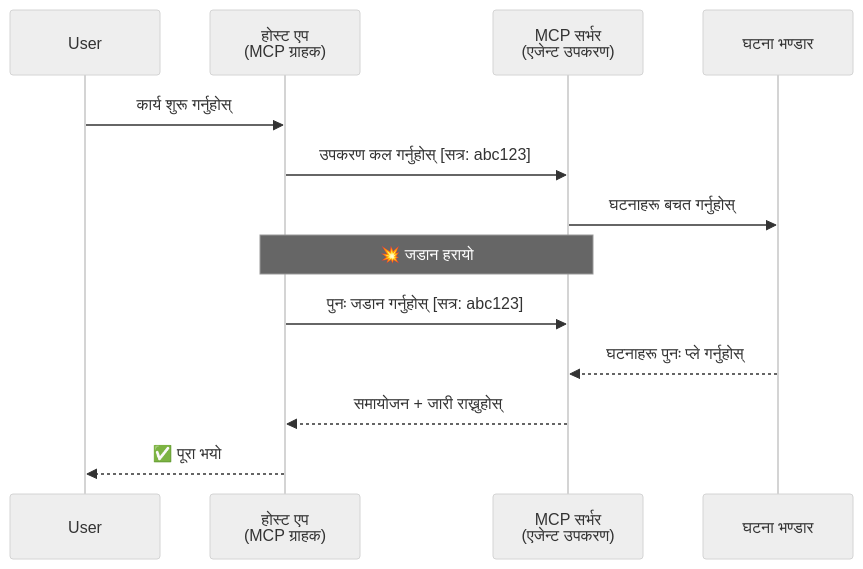
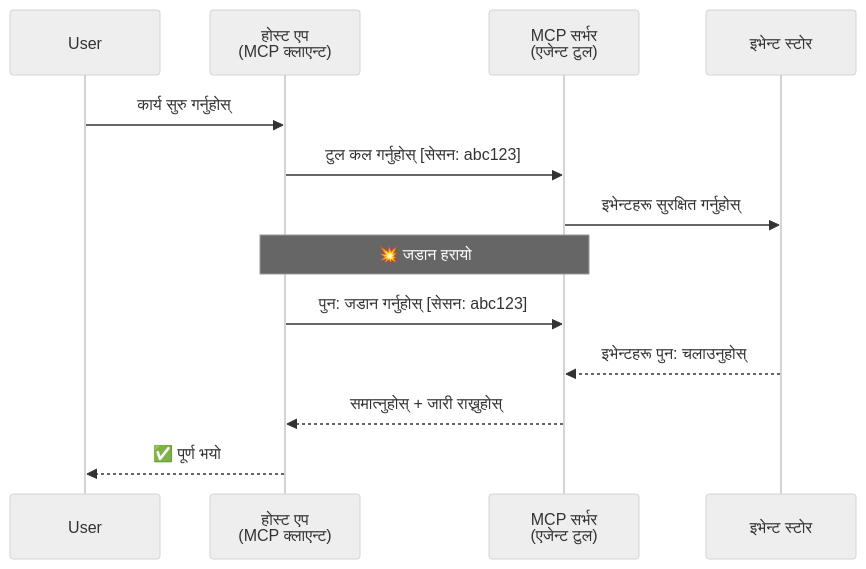
Before and after one commit to gabrielmoreira/agent-skills-mirror: the second of 5 diagrams in mirrors/repos/microsoft@ai-agents-for-beginners/translations/ne/11-agentic-protocols/code_samples/mcp-agents/README.md, drawn with Mermaid (neutral theme). The commit also changed other lines of this file and 4262 other files, not shown here.

````diff
--- a/mirrors/repos/microsoft@ai-agents-for-beginners/translations/ne/11-agentic-protocols/code_samples/mcp-agents/README.md
+++ b/mirrors/repos/microsoft@ai-agents-for-beginners/translations/ne/11-agentic-protocols/code_samples/mcp-agents/README.md
@@ -82,18 +82,18 @@
 ```mermaid
 sequenceDiagram
     participant User
-    participant Host as होस्ट एप<br/>(MCP ग्राहक)
-    participant Server as MCP सर्भर<br/>(एजेन्ट उपकरण)
-    participant Store as घटना भण्डार
+    participant Host as होस्ट एप<br/>(MCP क्लाएन्ट)
+    participant Server as MCP सर्भर<br/>(एजेन्ट टुल)
+    participant Store as इभेन्ट स्टोर
 
-    User->>Host: कार्य शुरू गर्नुहोस्
-    Host->>Server: उपकरण कल गर्नुहोस् [सत्र: abc123]
-    Server->>Store: घटनाहरू बचत गर्नुहोस्
+    User->>Host: कार्य सुरु गर्नुहोस्
+    Host->>Server: टुल कल गर्नुहोस् [सेसन: abc123]
+    Server->>Store: इभेन्टहरू सुरक्षित गर्नुहोस्
 
     Note over Host,Server: 💥 जडान हरायो
 
-    Host->>Server: पुनः जडान गर्नुहोस् [सत्र: abc123]
-    Store-->>Server: घटनाहरू पुनः प्ले गर्नुहोस्
-    Server-->>Host: समायोजन + जारी राख्नुहोस्
-    Host-->>User: ✅ पूरा भयो
+    Host->>Server: पुन: जडान गर्नुहोस् [सेसन: abc123]
+    Store-->>Server: इभेन्टहरू पुन: चलाउनुहोस्
+    Server-->>Host: समात्नुहोस् + जारी राख्नुहोस्
+    Host-->>User: ✅ पूर्ण भयो
 ```
````
